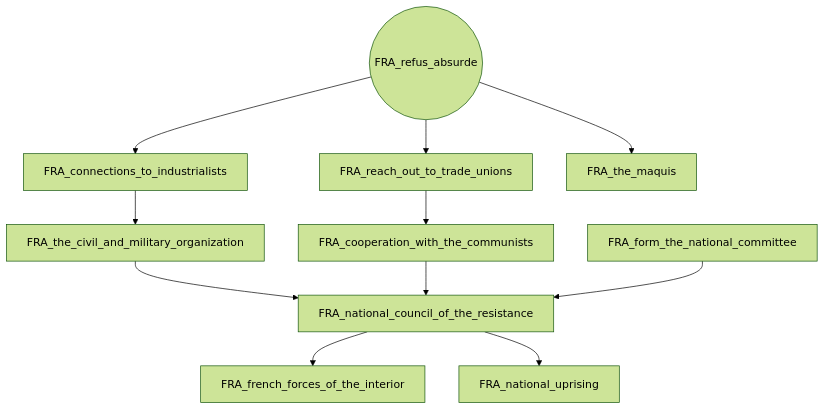
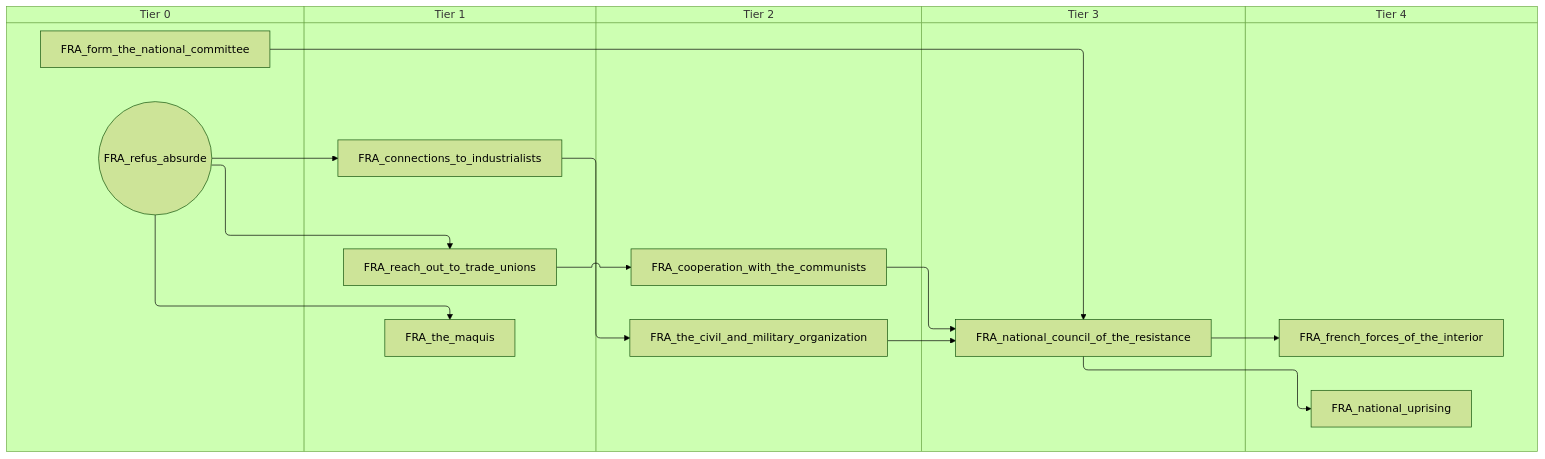
The second of 2 diagrams in docs/gdd/National Focuses/free_france.md (evgeny-sobol/hoi4-sandbox-mode), drawn with Mermaid (forest theme) before and after one commit. The commit also changed other lines of this file and 80 other files, not shown here.

First line of the commit message:
Add swimlane mode to focus graph exporter

````diff
--- a/docs/gdd/National Focuses/free_france.md
+++ b/docs/gdd/National Focuses/free_france.md
@@ -51,23 +63,33 @@
 ```mermaid
-flowchart TD
-    n20["FRA_connections_to_industrialists"]
-    n5["FRA_cooperation_with_the_communists"]
-    n6["FRA_form_the_national_committee"]
-    n8["FRA_french_forces_of_the_interior"]
-    n15["FRA_national_council_of_the_resistance"]
-    n16["FRA_national_uprising"]
-    n21["FRA_reach_out_to_trade_unions"]
-    n22(("FRA_refus_absurde"))
-    n17["FRA_the_civil_and_military_organization"]
-    n23["FRA_the_maquis"]
-    n22 --> n20
-    n21 --> n5
-    n15 --> n8
-    n17 --> n15
-    n5 --> n15
-    n6 --> n15
-    n15 --> n16
-    n22 --> n21
-    n20 --> n17
-    n22 --> n23
+swimlane-beta TD
+    subgraph tier_0["Tier 0"]
+        n15["FRA_form_the_national_committee"]
+        n20(("FRA_refus_absurde"))
+    end
+    subgraph tier_1["Tier 1"]
+        n21["FRA_connections_to_industrialists"]
+        n22["FRA_reach_out_to_trade_unions"]
+        n23["FRA_the_maquis"]
+    end
+    subgraph tier_2["Tier 2"]
+        n2["FRA_cooperation_with_the_communists"]
+        n3["FRA_the_civil_and_military_organization"]
+    end
+    subgraph tier_3["Tier 3"]
+        n17["FRA_national_council_of_the_resistance"]
+    end
+    subgraph tier_4["Tier 4"]
+        n18["FRA_french_forces_of_the_interior"]
+        n19["FRA_national_uprising"]
+    end
+    n20 --> n21
+    n22 --> n2
+    n17 --> n18
+    n3 --> n17
+    n2 --> n17
+    n15 --> n17
+    n17 --> n19
+    n20 --> n22
+    n21 --> n3
+    n20 --> n23
 ```
````
